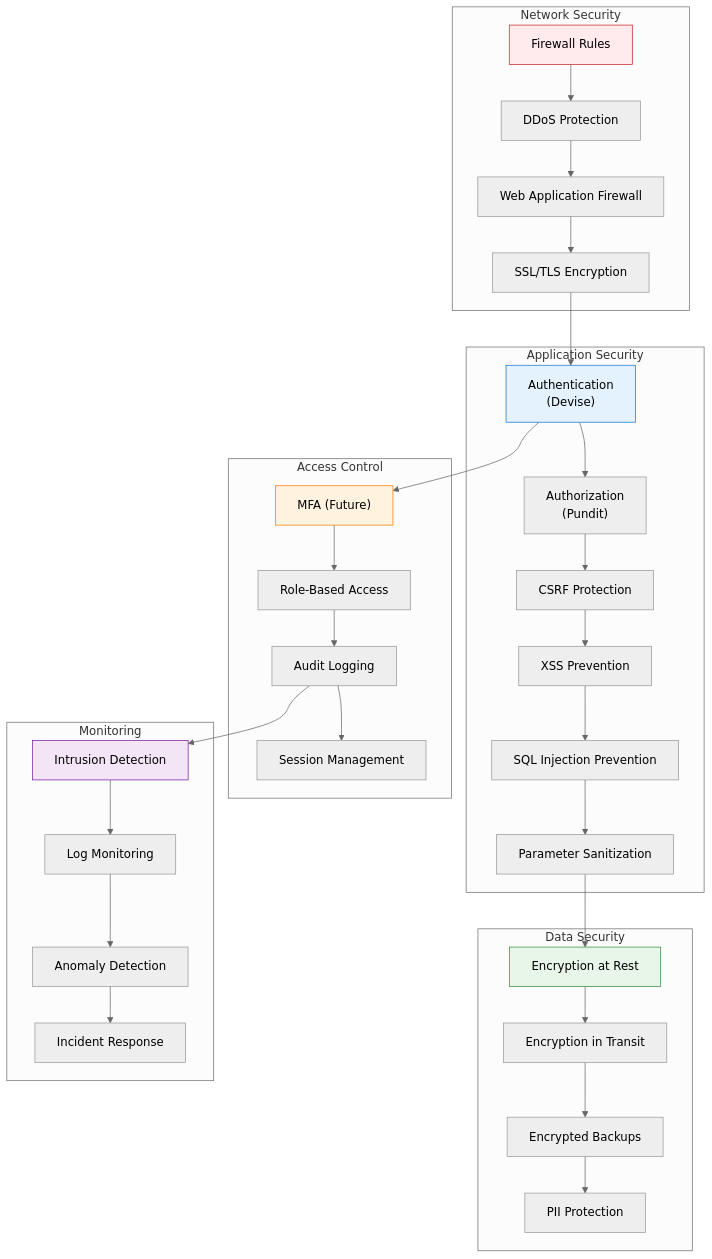
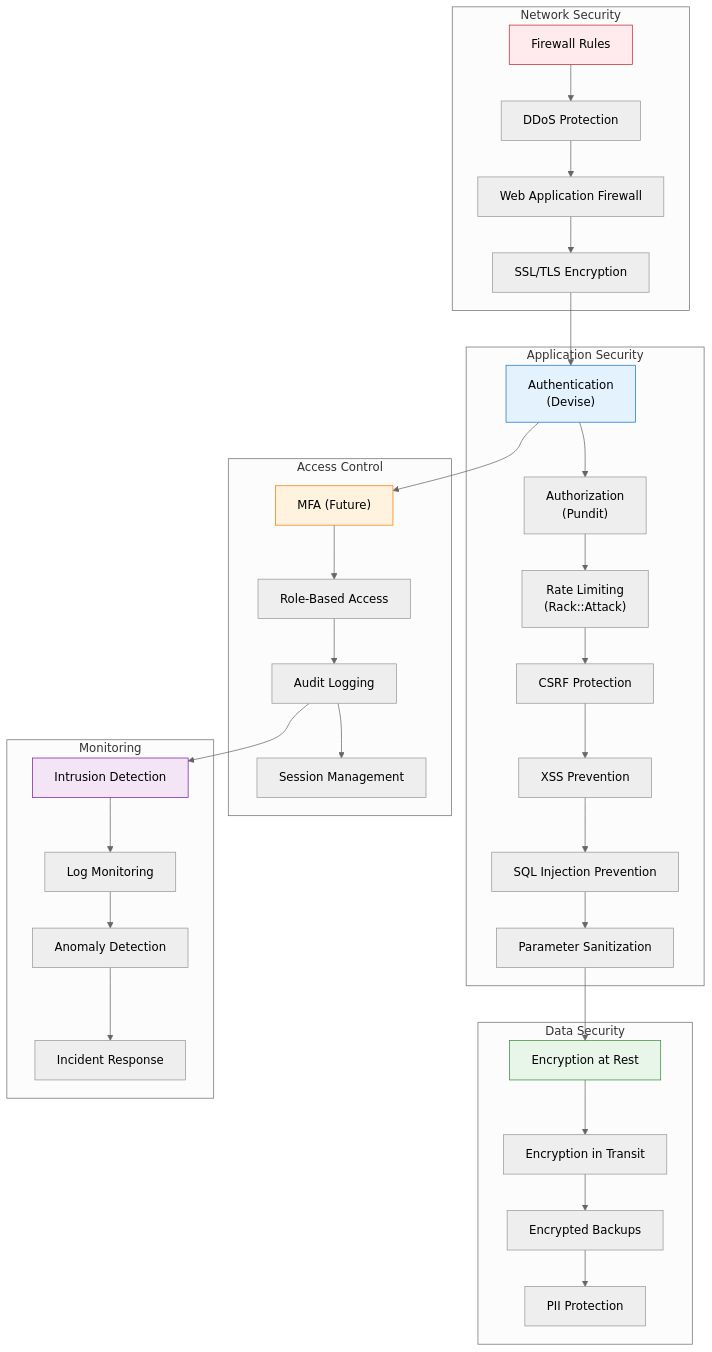
Before and after one commit to ashack/portfolio: the sixth of 13 diagrams in docs/architecture/diagrams/system-overview.md, drawn with Mermaid (neutral theme). The commit also changed other lines of this file and 15 other files, not shown here.

````diff
--- a/docs/architecture/diagrams/system-overview.md
+++ b/docs/architecture/diagrams/system-overview.md
@@ -283,71 +341,73 @@
 ```mermaid
 graph TB
     subgraph "Network Security"
         FW["Firewall Rules"]
         DDoS["DDoS Protection"]
         WAF["Web Application Firewall"]
         SSL["SSL/TLS Encryption"]
     end
     
     subgraph "Application Security"
         Auth["Authentication<br/>(Devise)"]
         AuthZ["Authorization<br/>(Pundit)"]
+        RateLimit["Rate Limiting<br/>(Rack::Attack)"]
         CSRF["CSRF Protection"]
         XSS["XSS Prevention"]
         SQLi["SQL Injection Prevention"]
         Params["Parameter Sanitization"]
     end
     
     subgraph "Data Security"
         Encrypt["Encryption at Rest"]
         Transit["Encryption in Transit"]
         Backup["Encrypted Backups"]
         PII["PII Protection"]
     end
     
     subgraph "Access Control"
         MFA["MFA (Future)"]
         RBAC["Role-Based Access"]
         Audit["Audit Logging"]
         Session["Session Management"]
     end
     
     subgraph "Monitoring"
         IDS["Intrusion Detection"]
         LogMon["Log Monitoring"]
         Anomaly["Anomaly Detection"]
         Incident["Incident Response"]
     end
     
     FW --> DDoS
     DDoS --> WAF
     WAF --> SSL
     SSL --> Auth
     
     Auth --> AuthZ
-    AuthZ --> CSRF
+    AuthZ --> RateLimit
+    RateLimit --> CSRF
     CSRF --> XSS
     XSS --> SQLi
     SQLi --> Params
     
     Params --> Encrypt
     Encrypt --> Transit
     Transit --> Backup
     Backup --> PII
     
     Auth --> MFA
     MFA --> RBAC
     RBAC --> Audit
     Audit --> Session
     
     Audit --> IDS
     IDS --> LogMon
     LogMon --> Anomaly
     Anomaly --> Incident
     
     style FW fill:#ffebee,stroke:#c62828
     style Auth fill:#e3f2fd,stroke:#1976d2
     style Encrypt fill:#e8f5e9,stroke:#388e3c
     style MFA fill:#fff3e0,stroke:#f57c00
     style IDS fill:#f3e5f5,stroke:#7b1fa2
 ```
````
